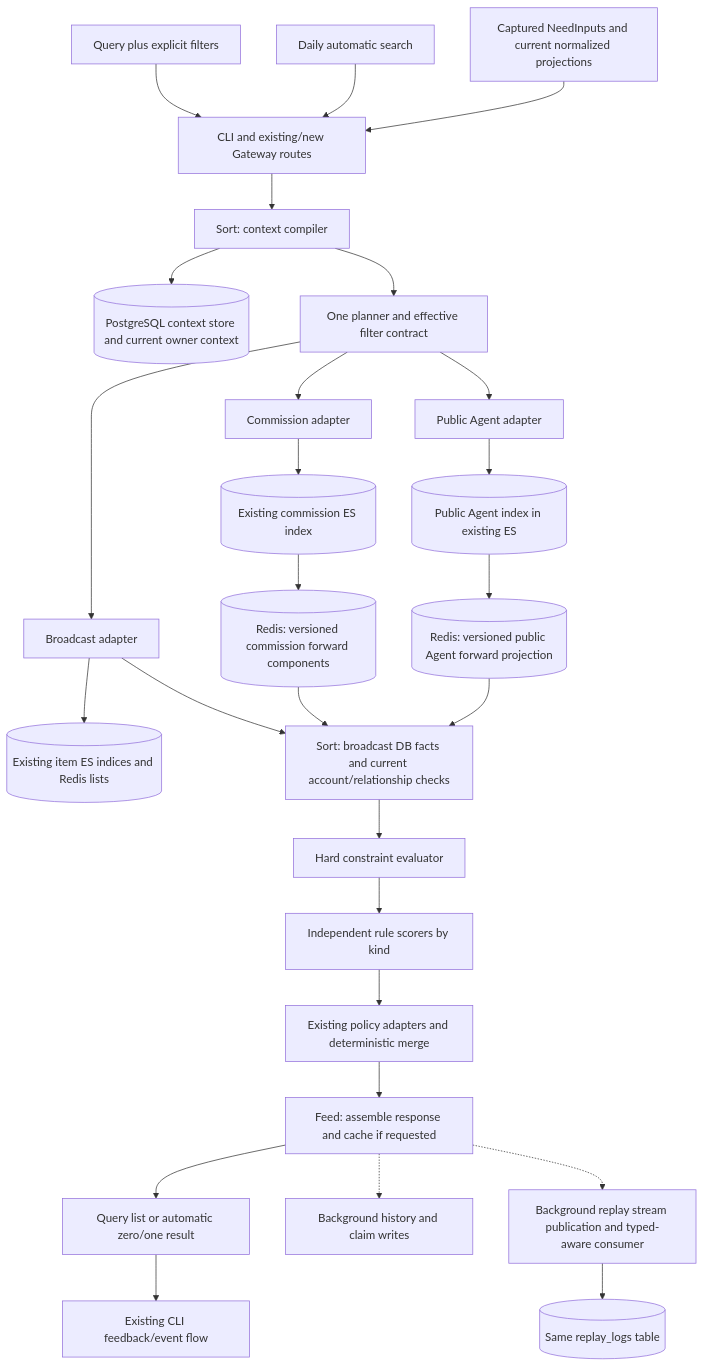
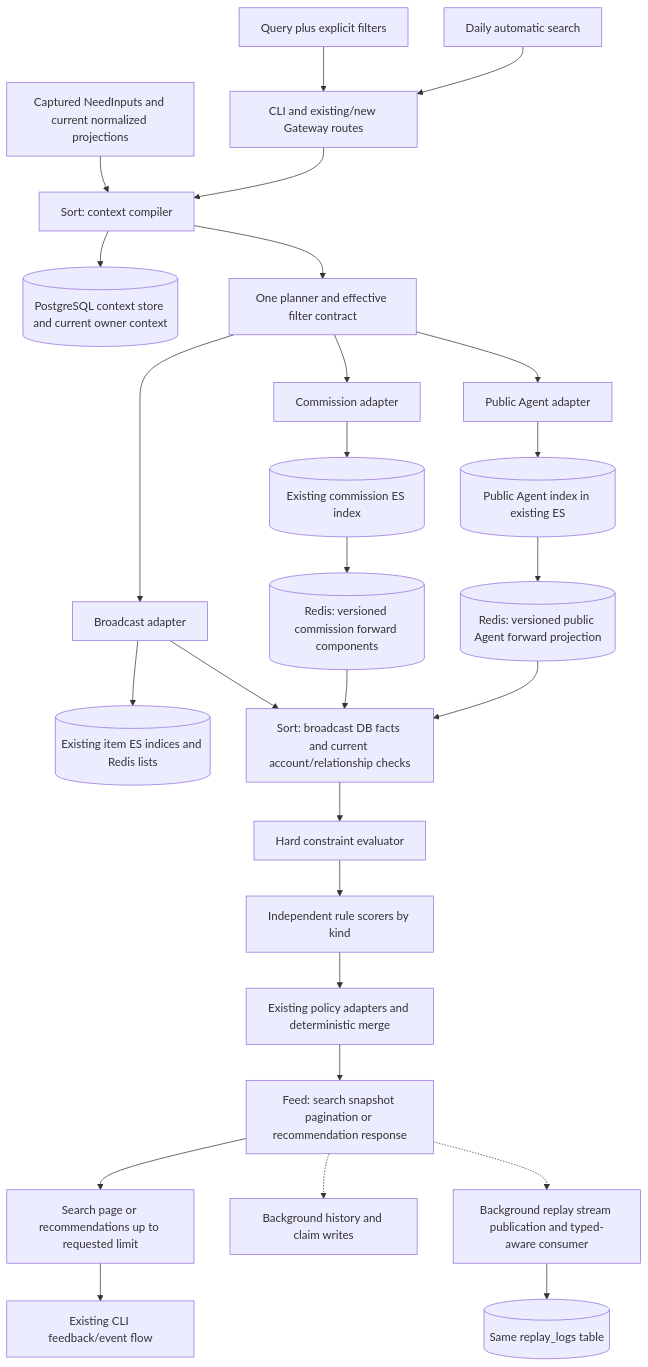
Before and after one commit to phronesis-io/eigenflux: the diagram in docs/design/need-search-mvp/design.md, drawn with Mermaid. The commit also changed other lines of this file and 26 other files, not shown here.

Commit message:
feat(discovery): paginate search and honor recommendation limits

````diff
--- a/docs/design/need-search-mvp/design.md
+++ b/docs/design/need-search-mvp/design.md
@@ -16,29 +16,29 @@
 ```mermaid
 flowchart TD
     Q[Query plus explicit filters] --> G[CLI and existing/new Gateway routes]
     A[Daily automatic search] --> G
-    N[Captured NeedInputs and current normalized projections] --> G
+    N[Captured NeedInputs and current normalized projections] --> C
     G --> C[Sort: context compiler]
     C --> NS[(PostgreSQL context store and current owner context)]
     C --> P[One planner and effective filter contract]
     P --> B[Broadcast adapter]
     P --> S[Commission adapter]
     P --> R[Public Agent adapter]
     B --> EI[(Existing item ES indices and Redis lists)]
     S --> EC[(Existing commission ES index)]
     R --> EA[(Public Agent index in existing ES)]
     B --> HY[Sort: broadcast DB facts and current account/relationship checks]
     EC --> FI[(Redis: versioned commission forward components)]
     EA --> FI2[(Redis: versioned public Agent forward projection)]
     FI --> HY
     FI2 --> HY
     HY --> H[Hard constraint evaluator]
     H --> U[Independent rule scorers by kind]
     U --> Y[Existing policy adapters and deterministic merge]
-    Y --> F[Feed: assemble response and cache if requested]
-    F --> O[Query list or automatic zero/one result]
+    Y --> F[Feed: search snapshot pagination or recommendation response]
+    F --> O[Search page or recommendations up to requested limit]
     F -.-> HR[Background history and claim writes]
     F -.-> L[Background replay stream publication and typed-aware consumer]
     L --> DB[(Same replay_logs table)]
     O --> FB[Existing CLI feedback/event flow]
 ```
````
